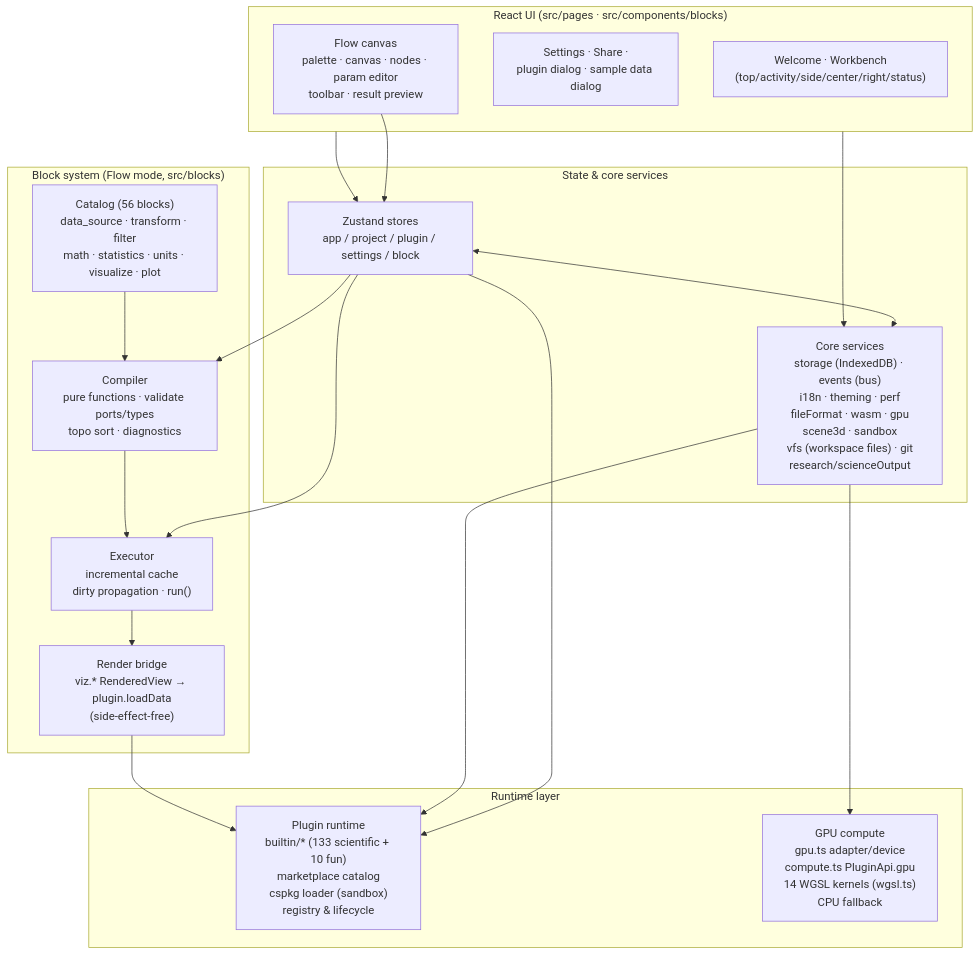
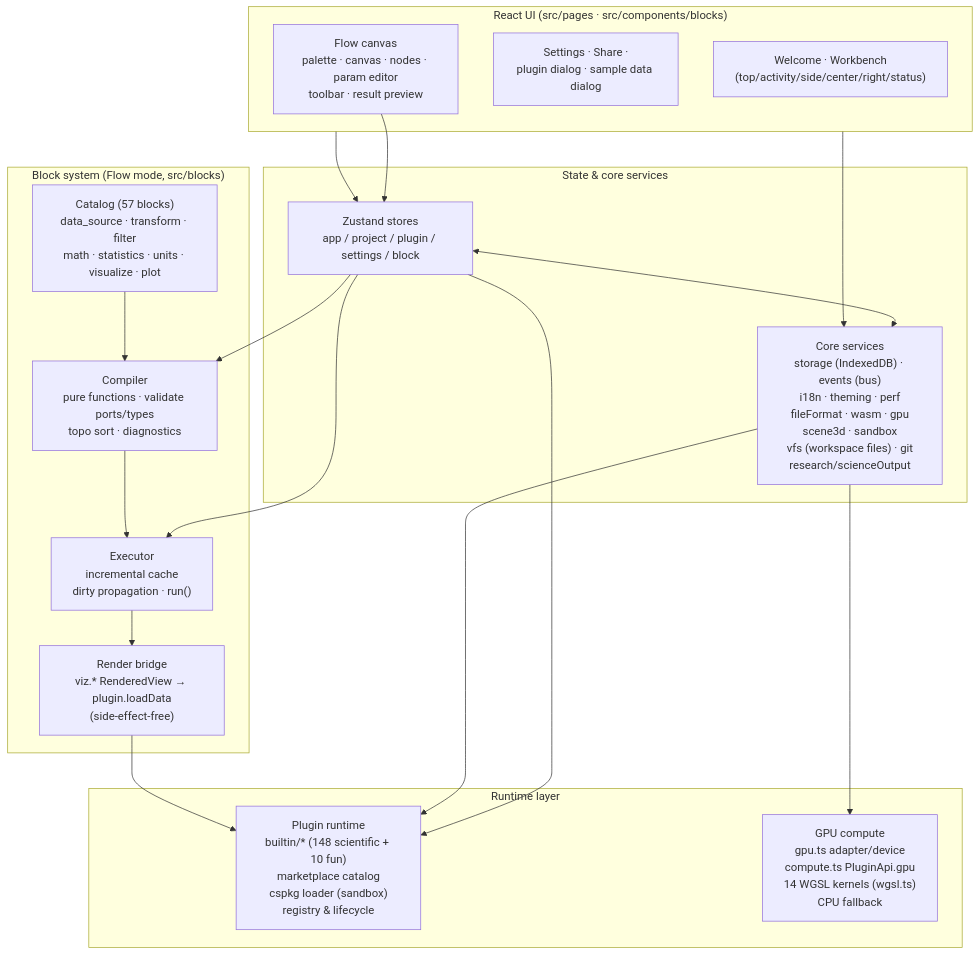
One commit to SnowLeopard-io/ErgalicsStudio changed the diagram in README.md. Above: the diagram before and after it, drawn with Mermaid. The commit also changed other lines of this file and 14 other files, not shown here.

````diff
--- a/README.md
+++ b/README.md
@@ -192,39 +192,39 @@
 ```mermaid
 flowchart TB
     subgraph UI["React UI (src/pages · src/components/blocks)"]
         A1["Welcome · Workbench<br/>(top/activity/side/center/right/status)"]
         A2["Settings · Share ·<br/>plugin dialog · sample data dialog"]
         A3["Flow canvas<br/>palette · canvas · nodes · param editor<br/>toolbar · result preview"]
     end
 
     subgraph State["State & core services"]
         B1["Zustand stores<br/>app / project / plugin / settings / block"]
         B2["Core services<br/>storage (IndexedDB) · events (bus)<br/>i18n · theming · perf<br/>fileFormat · wasm · gpu<br/>scene3d · sandbox<br/>vfs (workspace files) · git<br/>research/scienceOutput"]
     end
 
     subgraph Blocks["Block system (Flow mode, src/blocks)"]
-        D1["Catalog (56 blocks)<br/>data_source · transform · filter<br/>math · statistics · units · visualize · plot"]
+        D1["Catalog (57 blocks)<br/>data_source · transform · filter<br/>math · statistics · units · visualize · plot"]
         D2["Compiler<br/>pure functions · validate ports/types<br/>topo sort · diagnostics"]
         D3["Executor<br/>incremental cache<br/>dirty propagation · run()"]
         D4["Render bridge<br/>viz.* RenderedView → plugin.loadData<br/>(side-effect-free)"]
     end
 
     subgraph Runtime["Runtime layer"]
-        C1["Plugin runtime<br/>builtin/* (133 scientific + 10 fun)<br/>marketplace catalog<br/>cspkg loader (sandbox)<br/>registry & lifecycle"]
+        C1["Plugin runtime<br/>builtin/* (148 scientific + 10 fun)<br/>marketplace catalog<br/>cspkg loader (sandbox)<br/>registry & lifecycle"]
         C2["GPU compute<br/>gpu.ts adapter/device<br/>compute.ts PluginApi.gpu<br/>14 WGSL kernels (wgsl.ts)<br/>CPU fallback"]
     end
 
     UI --> B1
     UI --> B2
     B1 <--> B2
     B1 --> C1
     B2 --> C1
     B2 --> C2
     A3 --> B1
     B1 --> D2
     B1 --> D3
     D2 --> D3
     D1 --> D2
     D3 --> D4
     D4 --> C1
 ```
````
